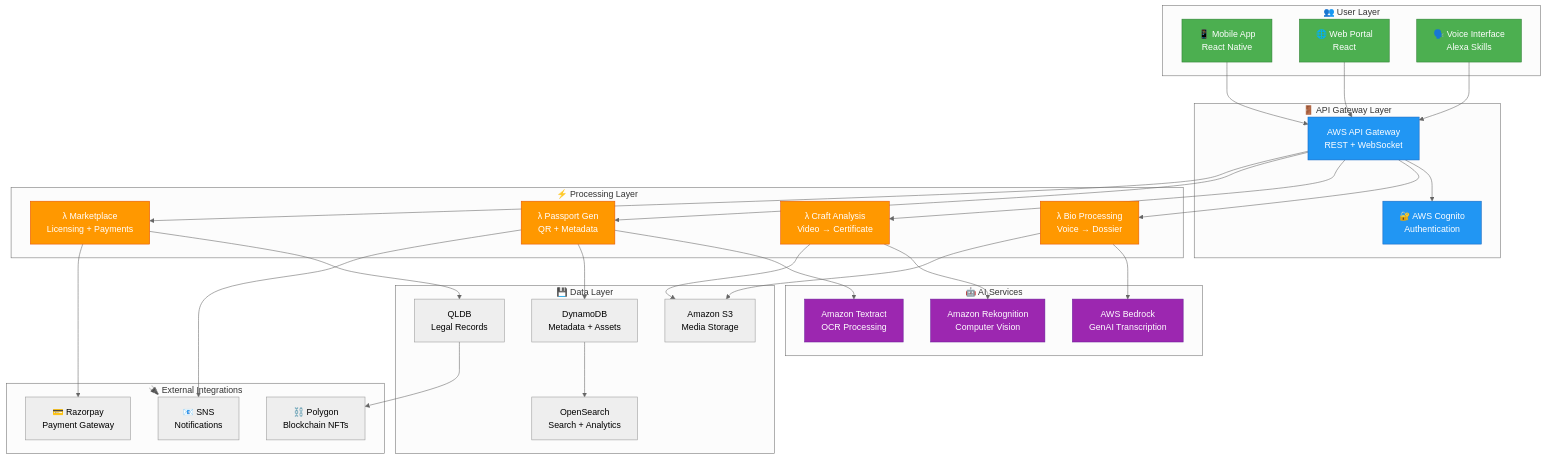
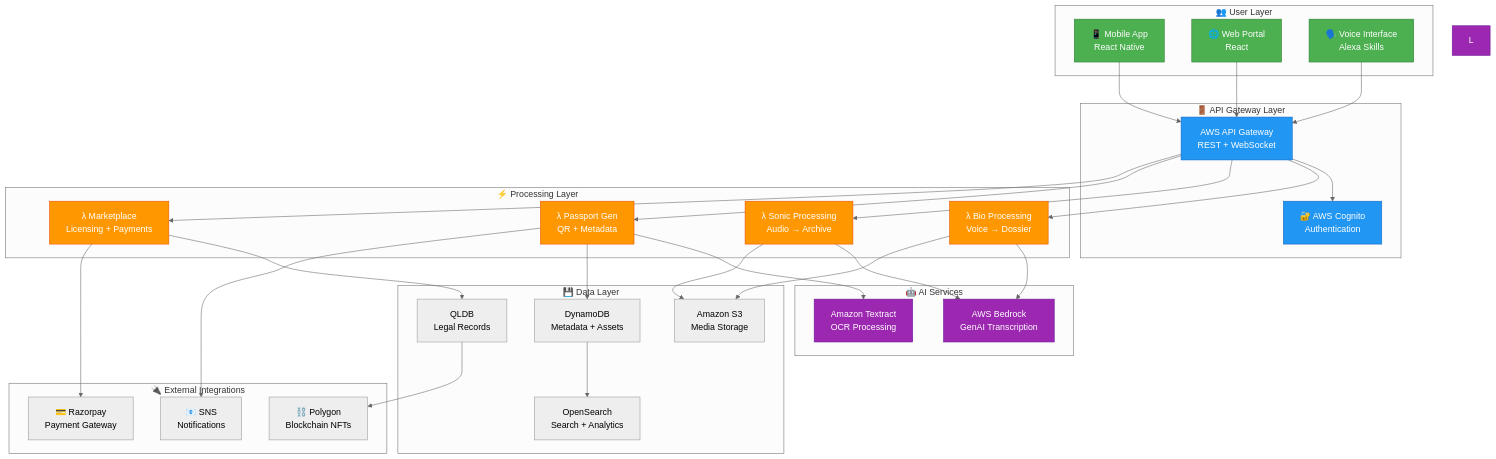
The second of 2 diagrams in .kiro/specs/dharohar-craft-platform/design.md (adityatiwari12/Dharohar-MVP), drawn with Mermaid (neutral theme) before and after one commit. The commit also changed other lines of this file and 7 other files, not shown here.

First line of the commit message:
refactor: Remove Craft module, focus on Bio and Sonic modules only

````diff
--- a/.kiro/specs/dharohar-craft-platform/design.md
+++ b/.kiro/specs/dharohar-craft-platform/design.md
@@ -92,72 +84,71 @@
 ```mermaid
 graph TB
     subgraph "👥 User Layer"
         A[📱 Mobile App<br/>React Native]
         B[🌐 Web Portal<br/>React]
         C[🗣️ Voice Interface<br/>Alexa Skills]
     end
     
     subgraph "🚪 API Gateway Layer"
         D[AWS API Gateway<br/>REST + WebSocket]
         E[🔐 AWS Cognito<br/>Authentication]
     end
     
     subgraph "⚡ Processing Layer"
         F[λ Bio Processing<br/>Voice → Dossier]
-        G[λ Craft Analysis<br/>Video → Certificate]
+        G[λ Sonic Processing<br/>Audio → Archive]
         H[λ Passport Gen<br/>QR + Metadata]
         I[λ Marketplace<br/>Licensing + Payments]
     end
     
     subgraph "🤖 AI Services"
         J[AWS Bedrock<br/>GenAI Transcription]
-        K[Amazon Rekognition<br/>Computer Vision]
-        L[Amazon Textract<br/>OCR Processing]
+        K[Amazon Textract<br/>OCR Processing]
     end
     
     subgraph "💾 Data Layer"
         M[Amazon S3<br/>Media Storage]
         N[DynamoDB<br/>Metadata + Assets]
         O[QLDB<br/>Legal Records]
         P[OpenSearch<br/>Search + Analytics]
     end
     
     subgraph "🔌 External Integrations"
         Q[💳 Razorpay<br/>Payment Gateway]
         R[⛓️ Polygon<br/>Blockchain NFTs]
         S[📧 SNS<br/>Notifications]
     end
     
     A --> D
     B --> D
     C --> D
     D --> E
     D --> F
     D --> G
     D --> H
     D --> I
     F --> J
-    G --> K
-    H --> L
+    G --> J
+    H --> K
     F --> M
     G --> M
     H --> N
     I --> O
     N --> P
     I --> Q
     O --> R
     H --> S
     
     style A fill:#4CAF50,stroke:#2E7D32,color:#fff
     style B fill:#4CAF50,stroke:#2E7D32,color:#fff
     style C fill:#4CAF50,stroke:#2E7D32,color:#fff
     style D fill:#2196F3,stroke:#1565C0,color:#fff
     style E fill:#2196F3,stroke:#1565C0,color:#fff
     style F fill:#FF9800,stroke:#E65100,color:#fff
     style G fill:#FF9800,stroke:#E65100,color:#fff
     style H fill:#FF9800,stroke:#E65100,color:#fff
     style I fill:#FF9800,stroke:#E65100,color:#fff
     style J fill:#9C27B0,stroke:#6A1B9A,color:#fff
     style K fill:#9C27B0,stroke:#6A1B9A,color:#fff
     style L fill:#9C27B0,stroke:#6A1B9A,color:#fff
 ```
````
